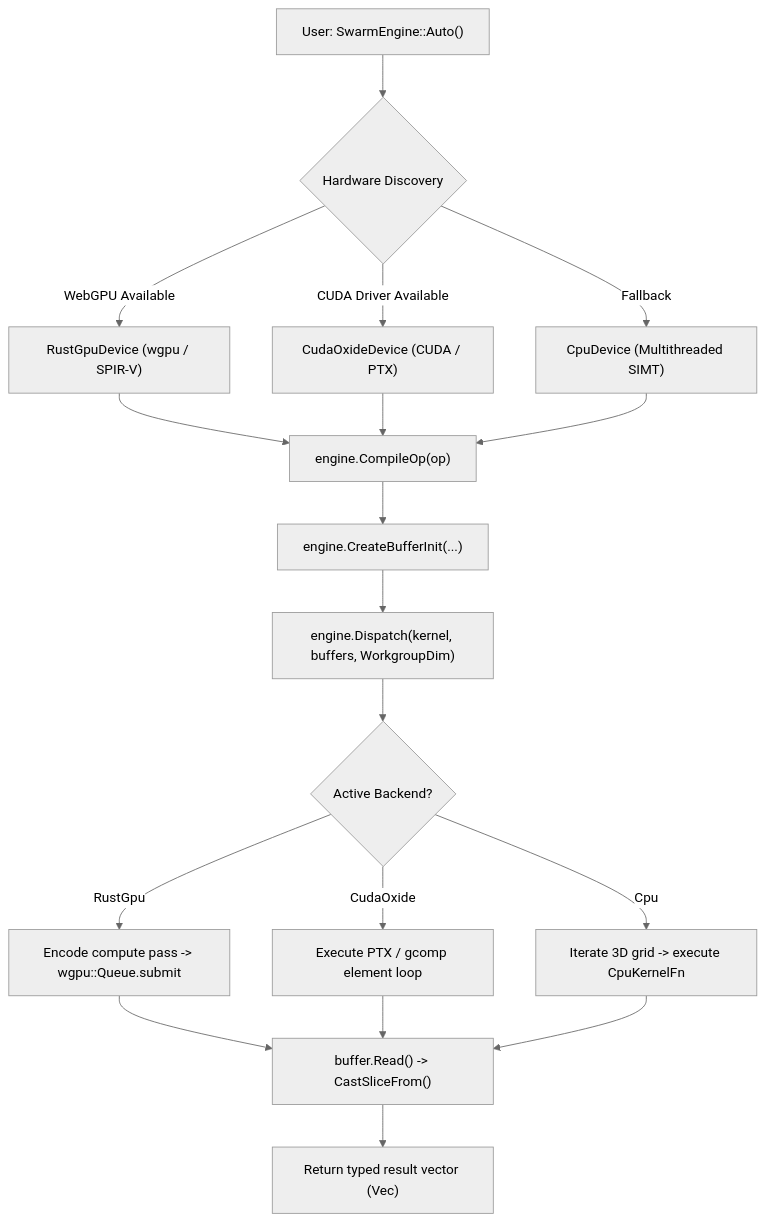
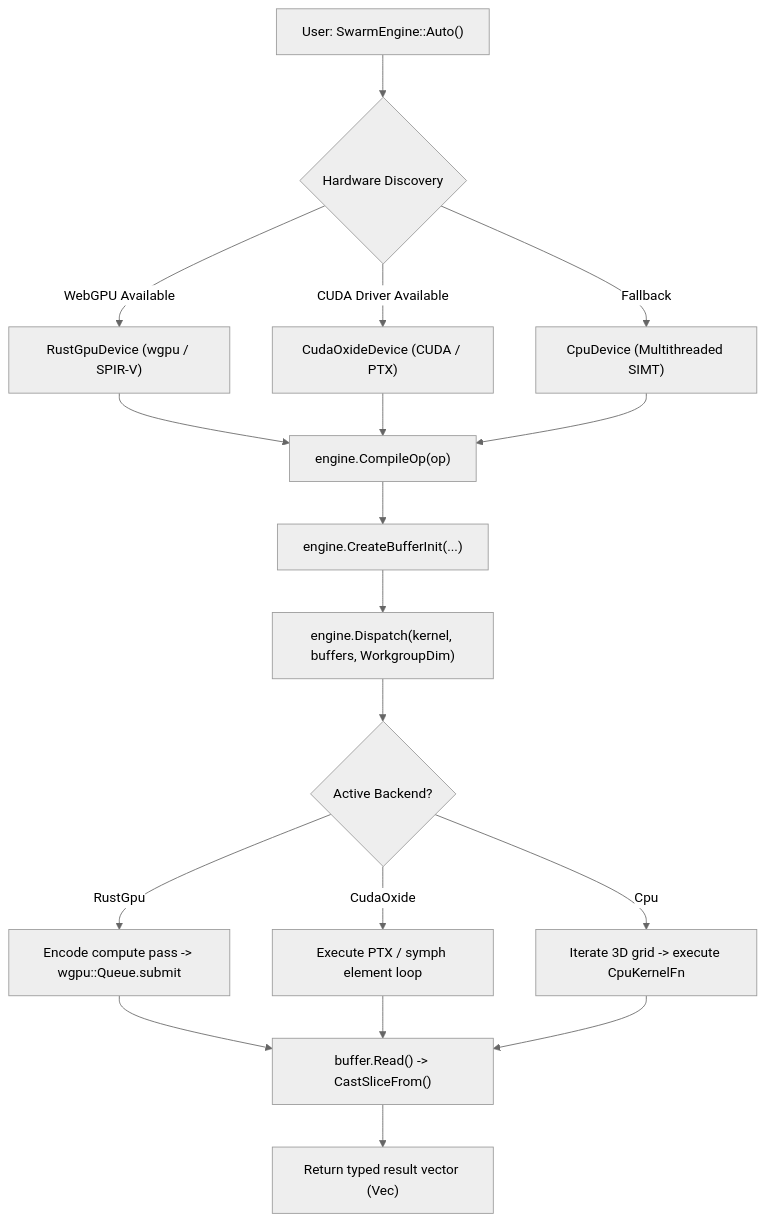
Before and after one commit to jswarup/Kosh: the second of 2 diagrams in wiki/Swarm.md, drawn with Mermaid (neutral theme). The commit also changed other lines of this file and 12 other files, not shown here.

Commit message:
Rename gcomp crate and subsystem to symph

````diff
--- a/wiki/Swarm.md
+++ b/wiki/Swarm.md
@@ -94,24 +94,24 @@
 ```mermaid
 flowchart TD
     Start["User: SwarmEngine::Auto()"] --> Detect{"Hardware Discovery"}
     Detect -- WebGPU Available --> RustGpu["RustGpuDevice (wgpu / SPIR-V)"]
     Detect -- CUDA Driver Available --> CudaOxide["CudaOxideDevice (CUDA / PTX)"]
     Detect -- Fallback --> Cpu["CpuDevice (Multithreaded SIMT)"]
     
     RustGpu --> CompileOp["engine.CompileOp(op)"]
     CudaOxide --> CompileOp
     Cpu --> CompileOp
 
     CompileOp --> CreateBuffers["engine.CreateBufferInit(...)"]
     CreateBuffers --> Dispatch["engine.Dispatch(kernel, buffers, WorkgroupDim)"]
     
     Dispatch --> ExecBranch{"Active Backend?"}
     ExecBranch -- RustGpu --> WgpuPass["Encode compute pass -> wgpu::Queue.submit"]
-    ExecBranch -- CudaOxide --> CudaLaunch["Execute PTX / gcomp element loop"]
+    ExecBranch -- CudaOxide --> CudaLaunch["Execute PTX / symph element loop"]
     ExecBranch -- Cpu --> CpuLoop["Iterate 3D grid -> execute CpuKernelFn"]
     
     WgpuPass --> Readback["buffer.Read() -> CastSliceFrom()"]
     CudaLaunch --> Readback
     CpuLoop --> Readback
     Readback --> ResultOutput["Return typed result vector (Vec<T>)"]
 ```
````
